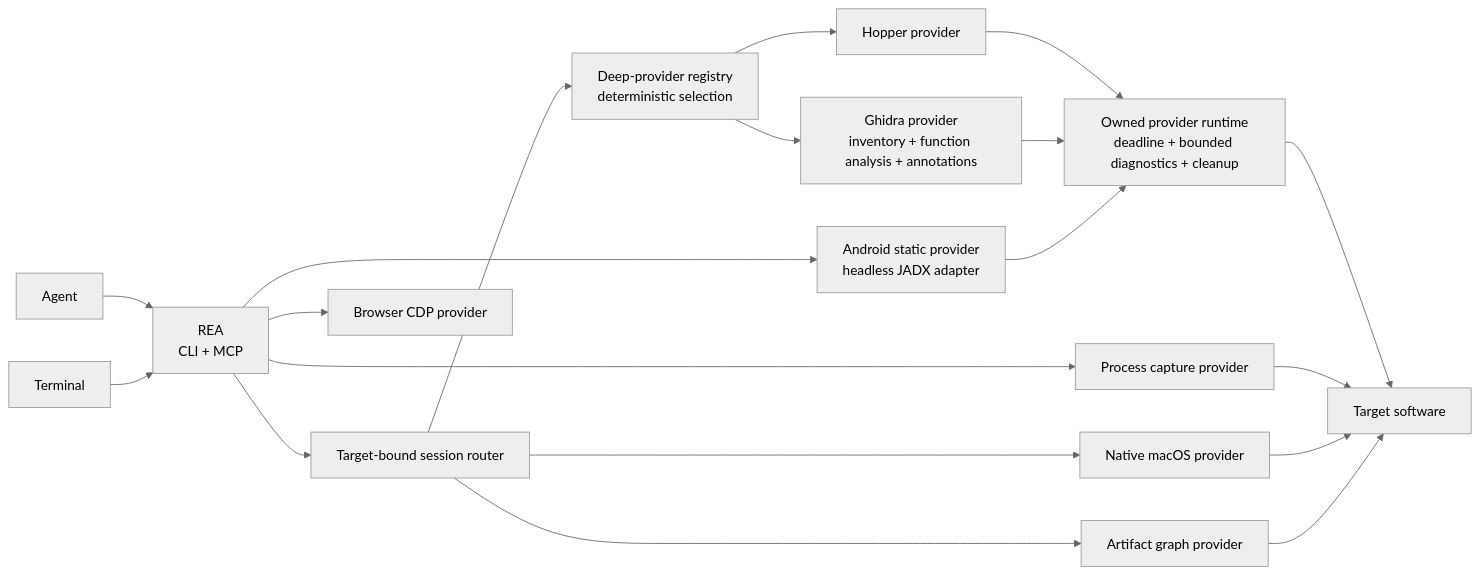
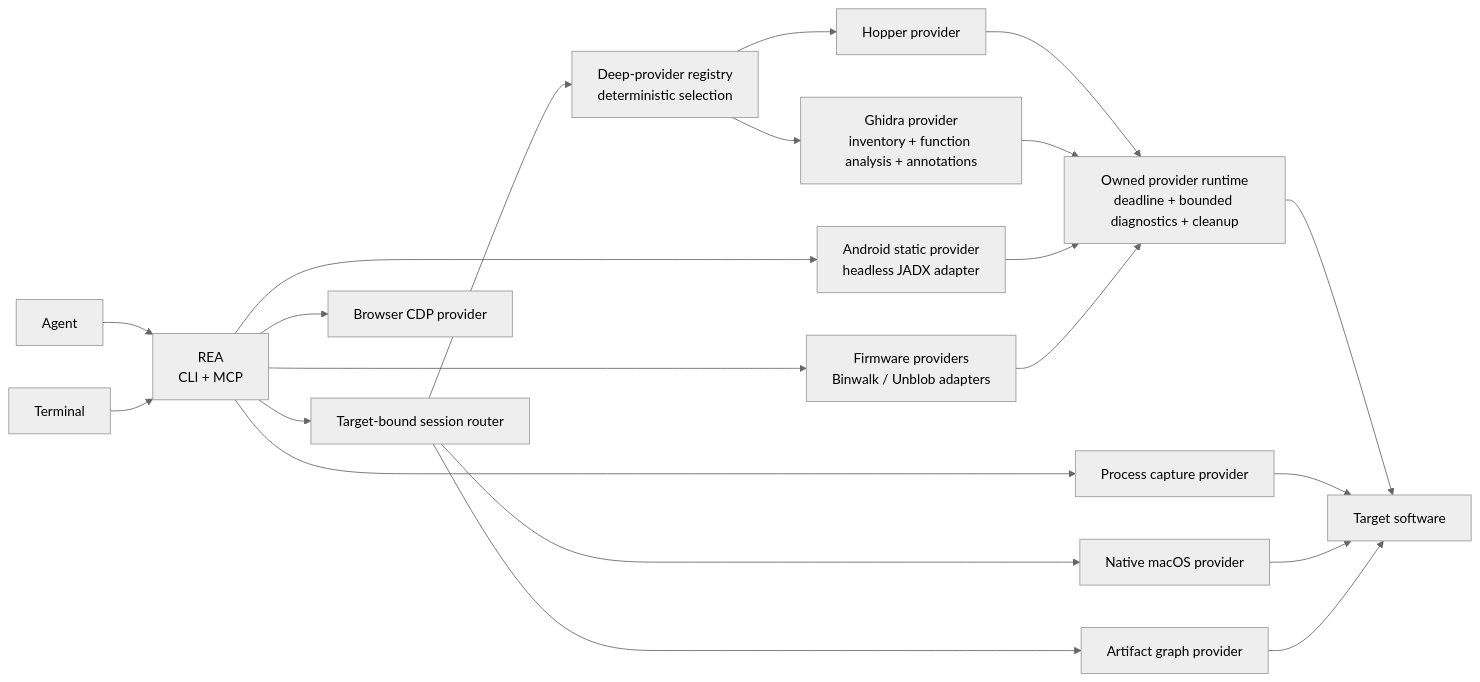
Before and after one commit to bryankwandou/rea: the diagram in README.md, drawn with Mermaid (neutral theme). The commit also changed other lines of this file and 55 other files, not shown here.

First line of the commit message:
feat(firmware): integrate Binwalk and Unblob analysis

````diff
--- a/README.md
+++ b/README.md
@@ -456,21 +459,23 @@
 ```mermaid
 flowchart LR
     Agent["Agent"] --> REA["REA<br/>CLI + MCP"]
     Terminal --> REA
     REA --> Session["Target-bound session router"]
     Session --> Registry["Deep-provider registry<br/>deterministic selection"]
     Registry --> Hopper["Hopper provider"]
     Registry --> Ghidra["Ghidra provider<br/>inventory + function analysis + annotations"]
     Hopper --> Runtime["Owned provider runtime<br/>deadline + bounded diagnostics + cleanup"]
     Ghidra --> Runtime
     Session --> Native["Native macOS provider"]
     Session --> Artifact["Artifact graph provider"]
     REA --> Browser["Browser CDP provider"]
     REA --> Android["Android static provider<br/>headless JADX adapter"]
     Android --> Runtime
+    REA --> Firmware["Firmware providers<br/>Binwalk / Unblob adapters"]
+    Firmware --> Runtime
     REA --> Process["Process capture provider"]
     Runtime --> Target["Target software"]
     Process --> Target
     Native --> Target
     Artifact --> Target
 ```
````
